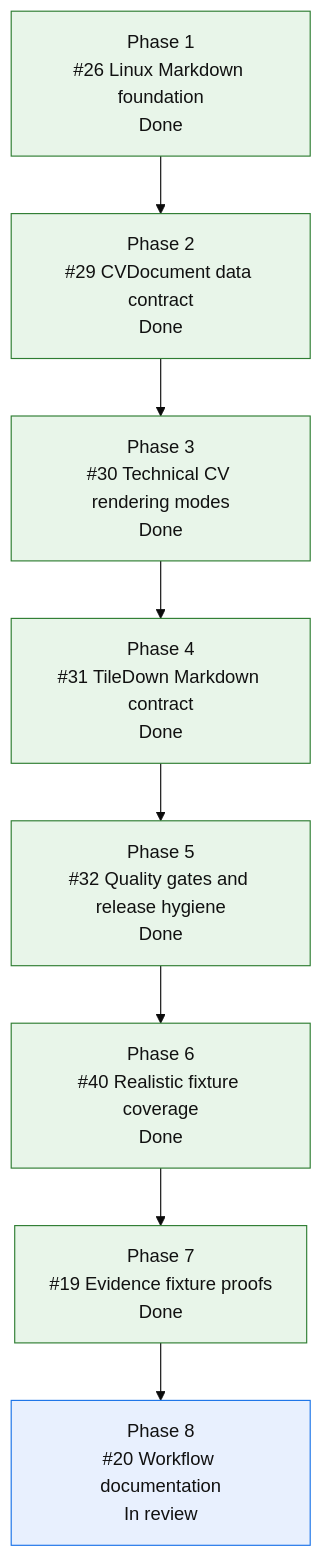
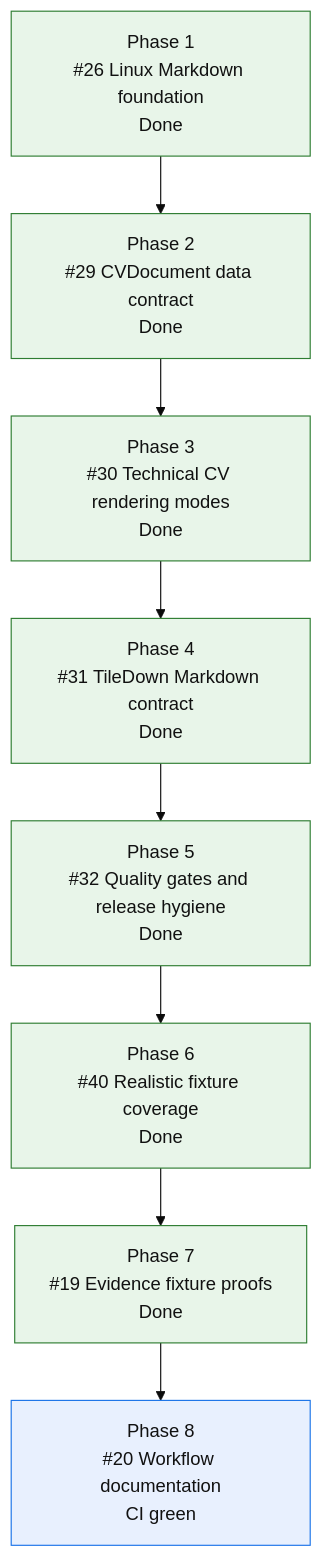
Before and after one commit to mihaelamj/cvbuilder: the diagram in README.md, drawn with Mermaid (base theme). The commit also changed 1 other file, not shown here.

Commit message:
docs(roadmap): mark workflow docs CI green

````diff
--- a/README.md
+++ b/README.md
@@ -156,23 +156,23 @@
 ```mermaid
 flowchart TD
     P1["Phase 1<br/>#26 Linux Markdown foundation<br/>Done"]
     P2["Phase 2<br/>#29 CVDocument data contract<br/>Done"]
     P3["Phase 3<br/>#30 Technical CV rendering modes<br/>Done"]
     P4["Phase 4<br/>#31 TileDown Markdown contract<br/>Done"]
     P5["Phase 5<br/>#32 Quality gates and release hygiene<br/>Done"]
     P6["Phase 6<br/>#40 Realistic fixture coverage<br/>Done"]
     P7["Phase 7<br/>#19 Evidence fixture proofs<br/>Done"]
-    P8["Phase 8<br/>#20 Workflow documentation<br/>In review"]
+    P8["Phase 8<br/>#20 Workflow documentation<br/>CI green"]
 
     P1 --> P2 --> P3 --> P4 --> P5 --> P6 --> P7 --> P8
 
     classDef done fill:#e8f5e9,stroke:#2e7d32,color:#111;
     classDef active fill:#fff3e0,stroke:#ef6c00,color:#111;
     classDef review fill:#e8f0fe,stroke:#1a73e8,color:#111;
     classDef next fill:#fff8e1,stroke:#f9a825,color:#111;
     classDef partial fill:#e0f7fa,stroke:#00838f,color:#111;
     classDef todo fill:#eef3ff,stroke:#3367d6,color:#111;
     class P1,P2,P3,P4 done;
     class P5,P6,P7 done;
     class P8 review;
 ```
````
